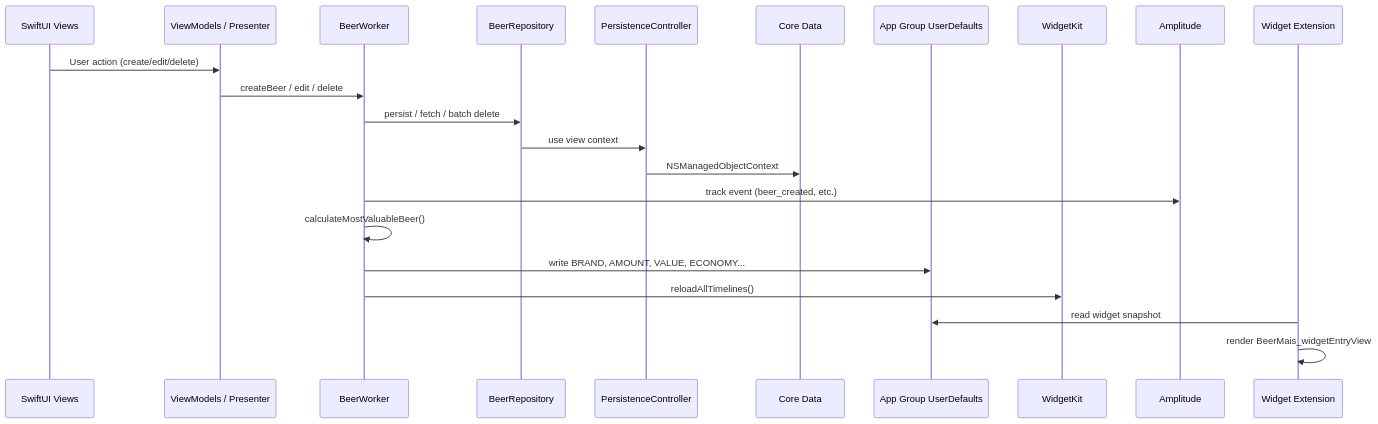
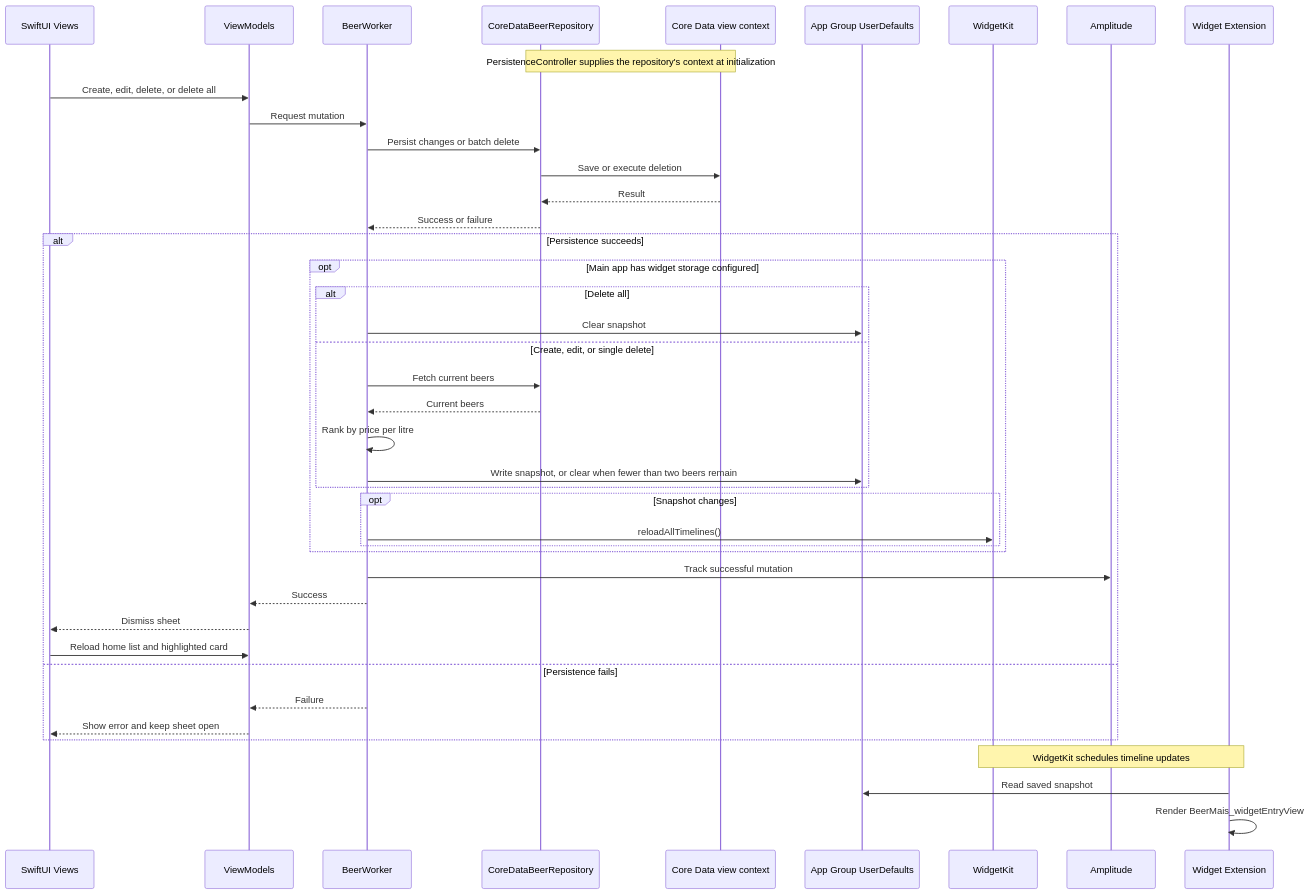
One commit to beerMais/beerMais-ios changed the fourth of 4 diagrams in README.md. Above: the diagram before and after it, drawn with Mermaid. The commit also changed other lines of this file, not shown here.

Commit message:
docs: fix Mermaid diagrams and update architecture flow

````diff
--- a/README.md
+++ b/README.md
@@ -164,25 +172,45 @@
 ```mermaid
 sequenceDiagram
     participant UI as SwiftUI Views
-    participant VM as ViewModels / Presenter
+    participant VM as ViewModels
     participant BW as BeerWorker
-    participant BR as BeerRepository
-    participant PC as PersistenceController
-    participant CD as Core Data
+    participant BR as CoreDataBeerRepository
+    participant CD as Core Data view context
     participant AG as App Group UserDefaults
     participant WK as WidgetKit
     participant AMP as Amplitude
     participant W as Widget Extension
 
-    UI->>VM: User action (create/edit/delete)
-    VM->>BW: createBeer / edit / delete
-    BW->>BR: persist / fetch / batch delete
-    BR->>PC: use view context
-    PC->>CD: NSManagedObjectContext
-    BW->>AMP: track event (beer_created, etc.)
-    BW->>BW: calculateMostValuableBeer()
-    BW->>AG: write BRAND, AMOUNT, VALUE, ECONOMY...
-    BW->>WK: reloadAllTimelines()
-    W->>AG: read widget snapshot
-    W->>W: render BeerMais_widgetEntryView
+    Note over BR,CD: PersistenceController supplies the repository's context at initialization
+    UI->>VM: Create, edit, delete, or delete all
+    VM->>BW: Request mutation
+    BW->>BR: Persist changes or batch delete
+    BR->>CD: Save or execute deletion
+    CD-->>BR: Result
+    BR-->>BW: Success or failure
+    alt Persistence succeeds
+        opt Main app has widget storage configured
+            alt Delete all
+                BW->>AG: Clear snapshot
+            else Create, edit, or single delete
+                BW->>BR: Fetch current beers
+                BR-->>BW: Current beers
+                BW->>BW: Rank by price per litre
+                BW->>AG: Write snapshot, or clear when fewer than two beers remain
+            end
+            opt Snapshot changes
+                BW->>WK: reloadAllTimelines()
+            end
+        end
+        BW->>AMP: Track successful mutation
+        BW-->>VM: Success
+        VM-->>UI: Dismiss sheet
+        UI->>VM: Reload home list and highlighted card
+    else Persistence fails
+        BW-->>VM: Failure
+        VM-->>UI: Show error and keep sheet open
+    end
+    Note over WK,W: WidgetKit schedules timeline updates
+    W->>AG: Read saved snapshot
+    W->>W: Render BeerMais_widgetEntryView
 ```
````
